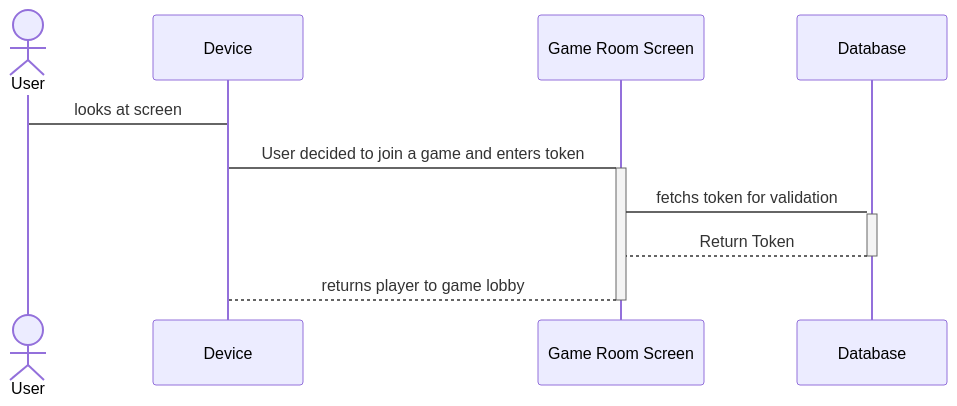
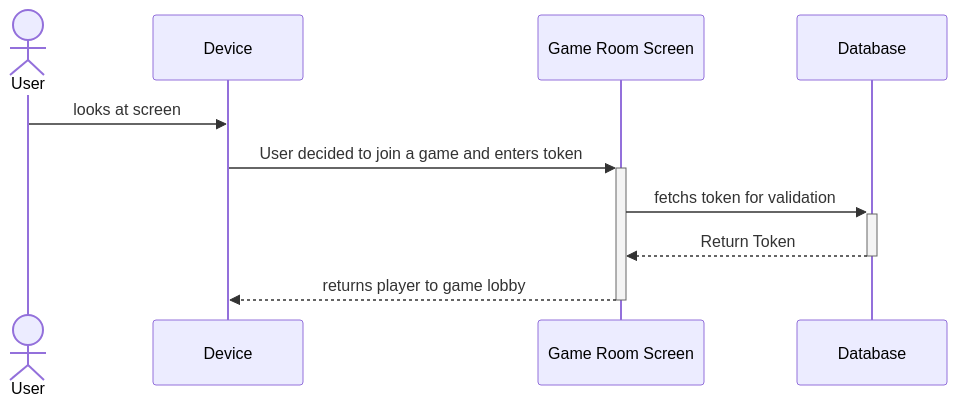
One commit to Capstone-Projects-2025-Spring/project-aac-game-team-b changed the first of 3 diagrams in documentation/docs/requirements/use-case-descriptions.md. Above: the diagram before and after it, drawn with Mermaid. The commit also changed other lines of this file, not shown here.

Commit message:
made two more sequence diagrams and fized some statments

````diff
--- a/documentation/docs/requirements/use-case-descriptions.md
+++ b/documentation/docs/requirements/use-case-descriptions.md
@@ -44,16 +44,16 @@
 ```mermaid
 sequenceDiagram 
     actor User
     participant D as Device
     participant GR as Game Room Screen
     participant Database
 
 
 
 
-    User -> D: looks at screen 
-    D ->+ GR: User decided to join a game and enters token
-    GR ->+ Database: fetchs token for validation
-    Database -->- GR: Return Token
-    GR -->- D: returns player to game lobby
+    User ->> D: looks at screen 
+    D ->>+ GR: User decided to join a game and enters token
+    GR ->>+ Database: fetchs token for validation
+    Database -->>- GR: Return Token
+    GR -->>- D: returns player to game lobby
 ```    
````
